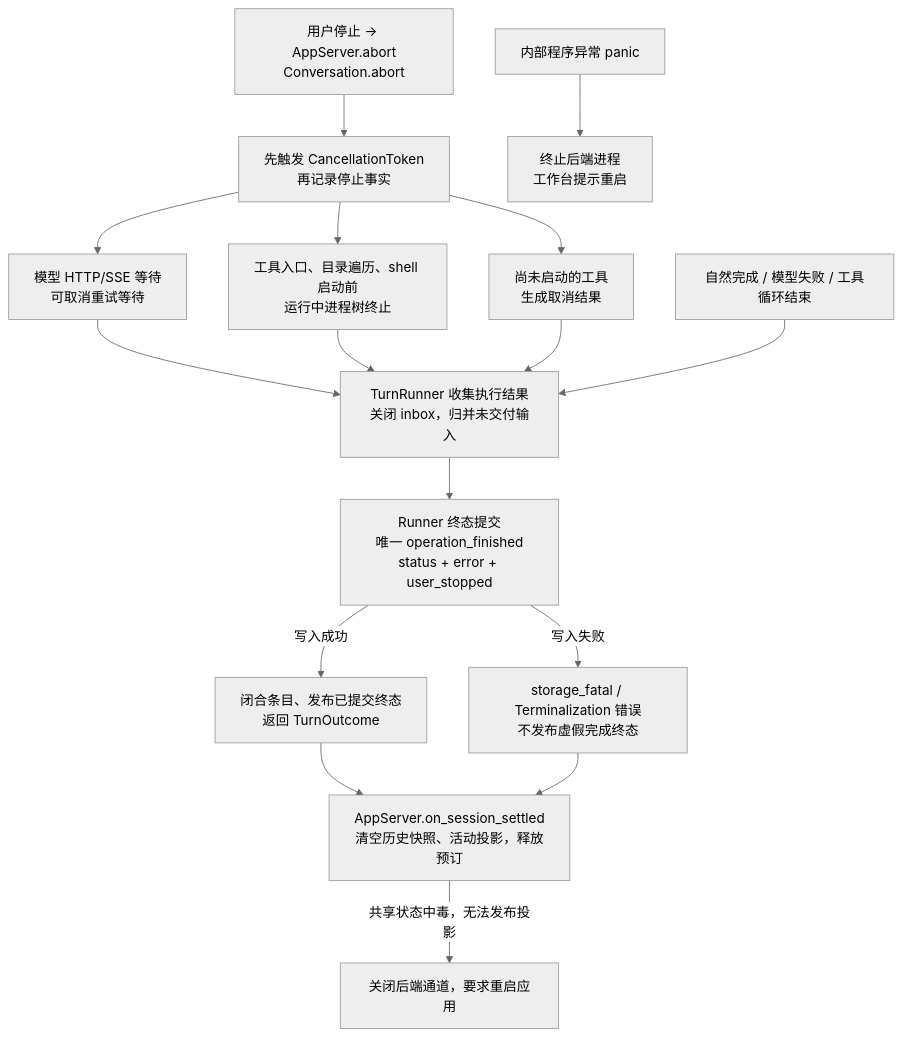
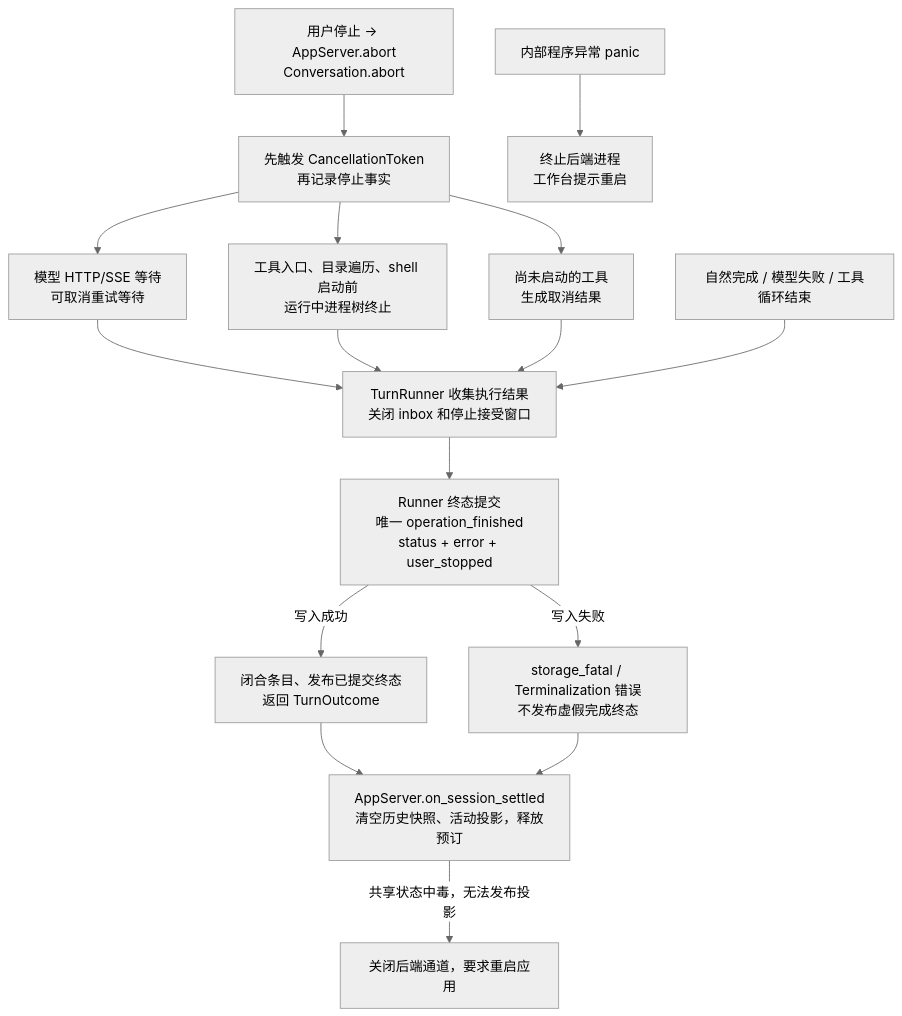
Before and after one commit to qjcnmd/singularity-agent: diagram 17 of 29 in docs/architecture.md, drawn with Mermaid (neutral theme). The commit also changed other lines of this file and 34 other files, not shown here.

````diff
--- a/docs/architecture.md
+++ b/docs/architecture.md
@@ -479,18 +478,18 @@
 ```mermaid
 flowchart TB
     Stop["用户停止 → AppServer.abort<br/>Conversation.abort"] --> Signal["先触发 CancellationToken<br/>再记录停止事实"]
     Signal --> Model["模型 HTTP/SSE 等待<br/>可取消重试等待"]
     Signal --> Tools["工具入口、目录遍历、shell 启动前<br/>运行中进程树终止"]
     Signal --> Unstarted["尚未启动的工具<br/>生成取消结果"]
-    Model --> Finish["TurnRunner 收集执行结果<br/>关闭 inbox，归并未交付输入"]
+    Model --> Finish["TurnRunner 收集执行结果<br/>关闭 inbox 和停止接受窗口"]
     Tools --> Finish
     Unstarted --> Finish
     Normal["自然完成 / 模型失败 / 工具循环结束"] --> Finish
     Finish --> Commit["Runner 终态提交<br/>唯一 operation_finished<br/>status + error + user_stopped"]
     Commit -->|"写入成功"| Publish["闭合条目、发布已提交终态<br/>返回 TurnOutcome"]
     Commit -->|"写入失败"| Fatal["storage_fatal / Terminalization 错误<br/>不发布虚假完成终态"]
     Publish --> Settled["AppServer.on_session_settled<br/>清空历史快照、活动投影，释放预订"]
     Fatal --> Settled
     Panic["内部程序异常 panic"] --> Exit["终止后端进程<br/>工作台提示重启"]
     Settled -->|"共享状态中毒，无法发布投影"| HostExit["关闭后端通道，要求重启应用"]
 ```
````
